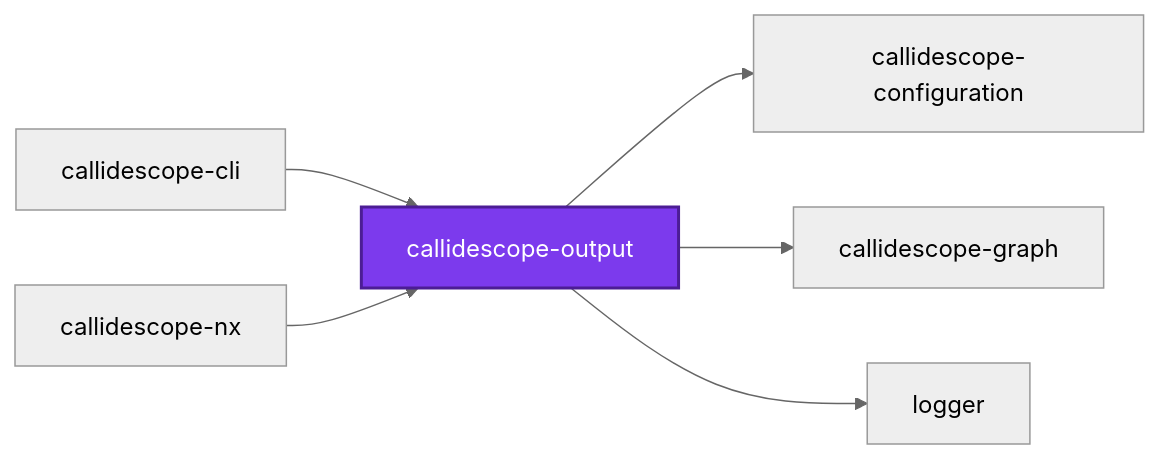
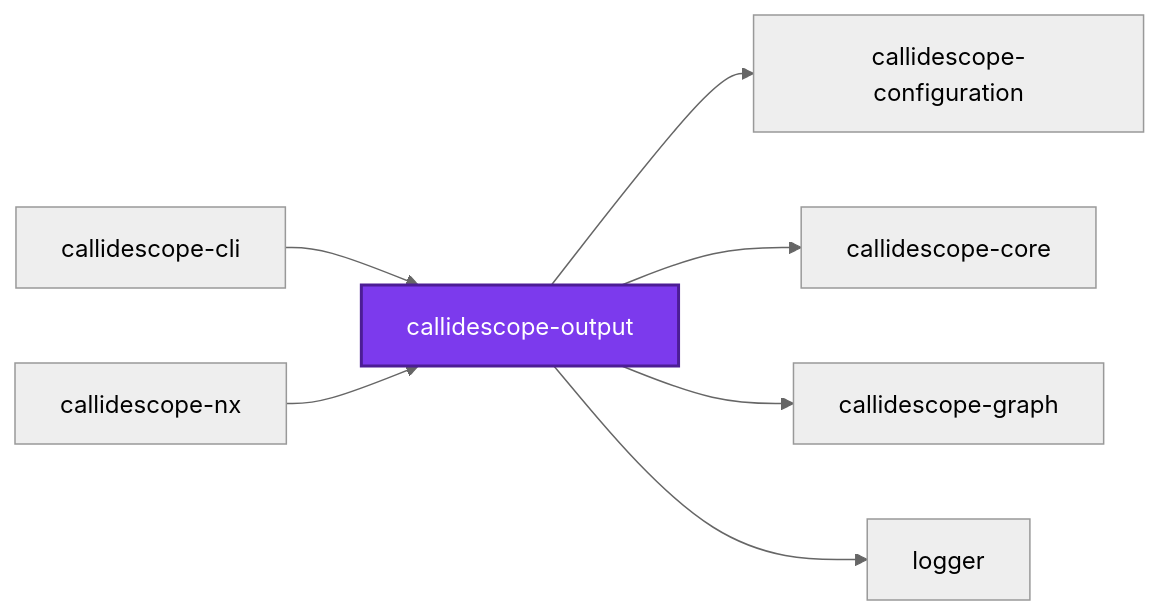
The first of 3 diagrams in packages/ic-suite/callidescope/callidescope-output/README.md (JimmyPaolini/codebase), drawn with Mermaid (neutral theme) before and after one commit. The commit also changed other lines of this file and 78 other files, not shown here.

````diff
--- a/packages/ic-suite/callidescope/callidescope-output/README.md
+++ b/packages/ic-suite/callidescope/callidescope-output/README.md
@@ -151,16 +151,18 @@
 ```mermaid
 graph LR
   callidescope_cli["callidescope-cli"]
   callidescope_configuration["callidescope-configuration"]
+  callidescope_core["callidescope-core"]
   callidescope_graph["callidescope-graph"]
   callidescope_nx["callidescope-nx"]
   callidescope_output["callidescope-output"]
   logger["logger"]
   callidescope_cli --> callidescope_output
   callidescope_nx --> callidescope_output
   callidescope_output --> callidescope_configuration
+  callidescope_output --> callidescope_core
   callidescope_output --> callidescope_graph
   callidescope_output --> logger
   classDef subject fill:#7c3aed,color:#fff,stroke:#4c1d95,stroke-width:2px
   class callidescope_output subject
 ```
````
